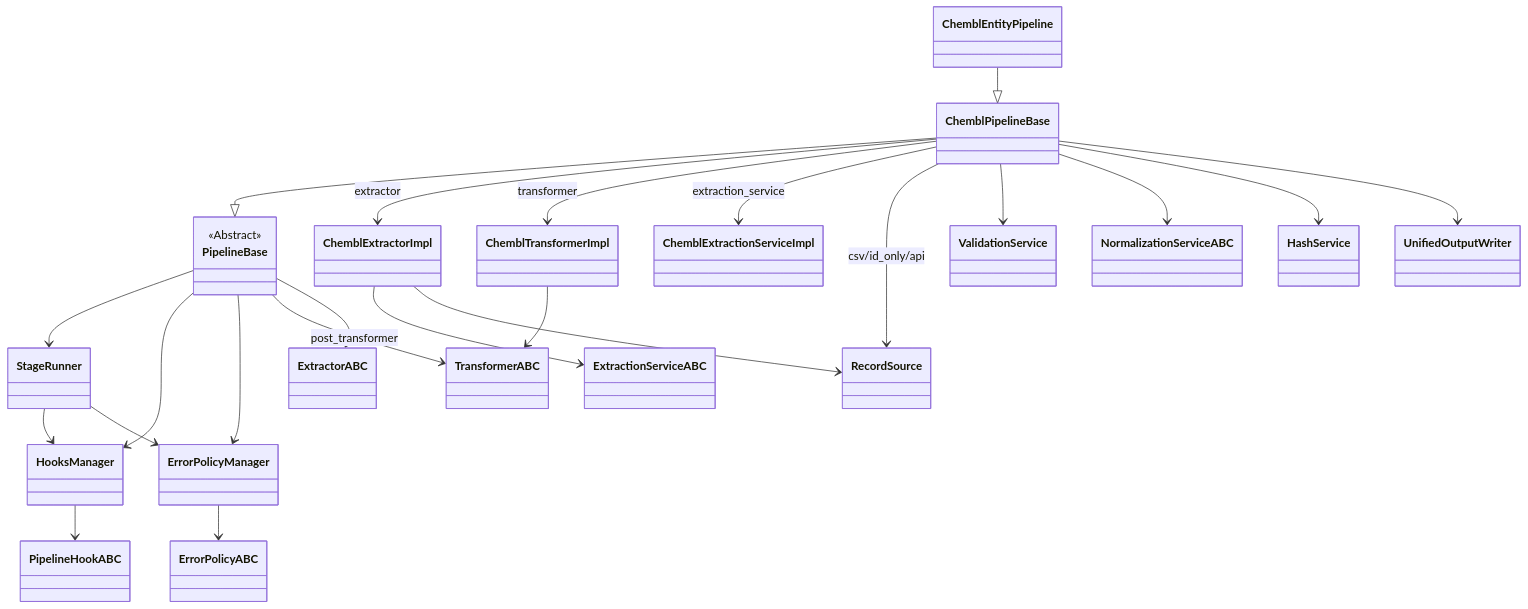
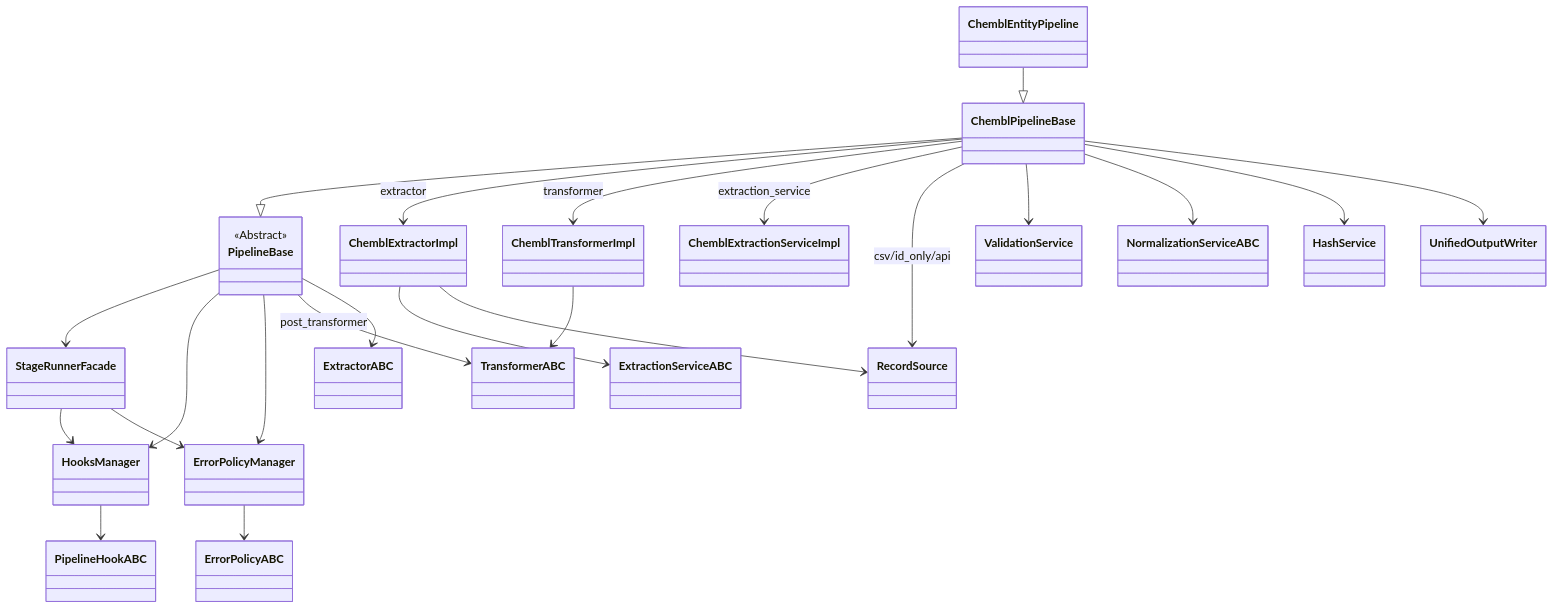
One commit to SatoryKono/BioactivityDataAcquisition changed the diagram in docs/architecture/diagrams/class/11-pipeline-classes.mmd. Above: the diagram before and after it, drawn with Mermaid. The commit also changed 9 other files, not shown here.

Commit message:
Rename StageRunner to StageRunnerFacade

```diff
--- a/docs/architecture/diagrams/class/11-pipeline-classes.mmd
+++ b/docs/architecture/diagrams/class/11-pipeline-classes.mmd
@@ -1,50 +1,50 @@
 ---
 id: 15d7b6ea-8c7c-4b0e-9d3a-0b6e3d6e9f11
 ---
 %%{init: {"class": {"domainPrimary": {"fill": "#f5f5f5", "stroke": "#444", "strokeWidth": 1.5, "color": "#111", "fontSize": "22px"}, "domainSecondary": {"fill": "#e3e7ec", "stroke": "#555", "strokeWidth": 1.2, "color": "#111", "fontSize": "18px"}, "interface": {"fill": "#dde7f2", "stroke": "#44546a", "strokeWidth": 1.5, "color": "#111", "fontSize": "22px"}}}}%%
 classDiagram-v2
 
 class PipelineBase {
   <<Abstract>>
 }
 class ChemblPipelineBase
 class ChemblEntityPipeline
 class ChemblExtractorImpl
 class ChemblTransformerImpl
 class ChemblExtractionServiceImpl
-class StageRunner
+class StageRunnerFacade
 class HooksManager
 class ErrorPolicyManager
 class RecordSource
 class ValidationService
 class NormalizationServiceABC
 class HashService
 class UnifiedOutputWriter
 class PipelineHookABC
 class ErrorPolicyABC
 class ExtractorABC
 class TransformerABC
 class ExtractionServiceABC
 
 ChemblPipelineBase --|> PipelineBase
 ChemblEntityPipeline --|> ChemblPipelineBase
 ChemblPipelineBase --> ChemblExtractorImpl : extractor
 ChemblPipelineBase --> ChemblTransformerImpl : transformer
 ChemblPipelineBase --> ChemblExtractionServiceImpl : extraction_service
 ChemblPipelineBase --> RecordSource : csv/id_only/api
 ChemblPipelineBase --> ValidationService
 ChemblPipelineBase --> NormalizationServiceABC
 ChemblPipelineBase --> HashService
 ChemblPipelineBase --> UnifiedOutputWriter
-PipelineBase --> StageRunner
+PipelineBase --> StageRunnerFacade
 PipelineBase --> HooksManager
 PipelineBase --> ErrorPolicyManager
 PipelineBase --> TransformerABC : post_transformer
 PipelineBase --> ExtractorABC
 ChemblExtractorImpl --> ExtractionServiceABC
 ChemblExtractorImpl --> RecordSource
 ChemblTransformerImpl --> TransformerABC
 HooksManager --> PipelineHookABC
 ErrorPolicyManager --> ErrorPolicyABC
-StageRunner --> HooksManager
-StageRunner --> ErrorPolicyManager
+StageRunnerFacade --> HooksManager
+StageRunnerFacade --> ErrorPolicyManager
```
